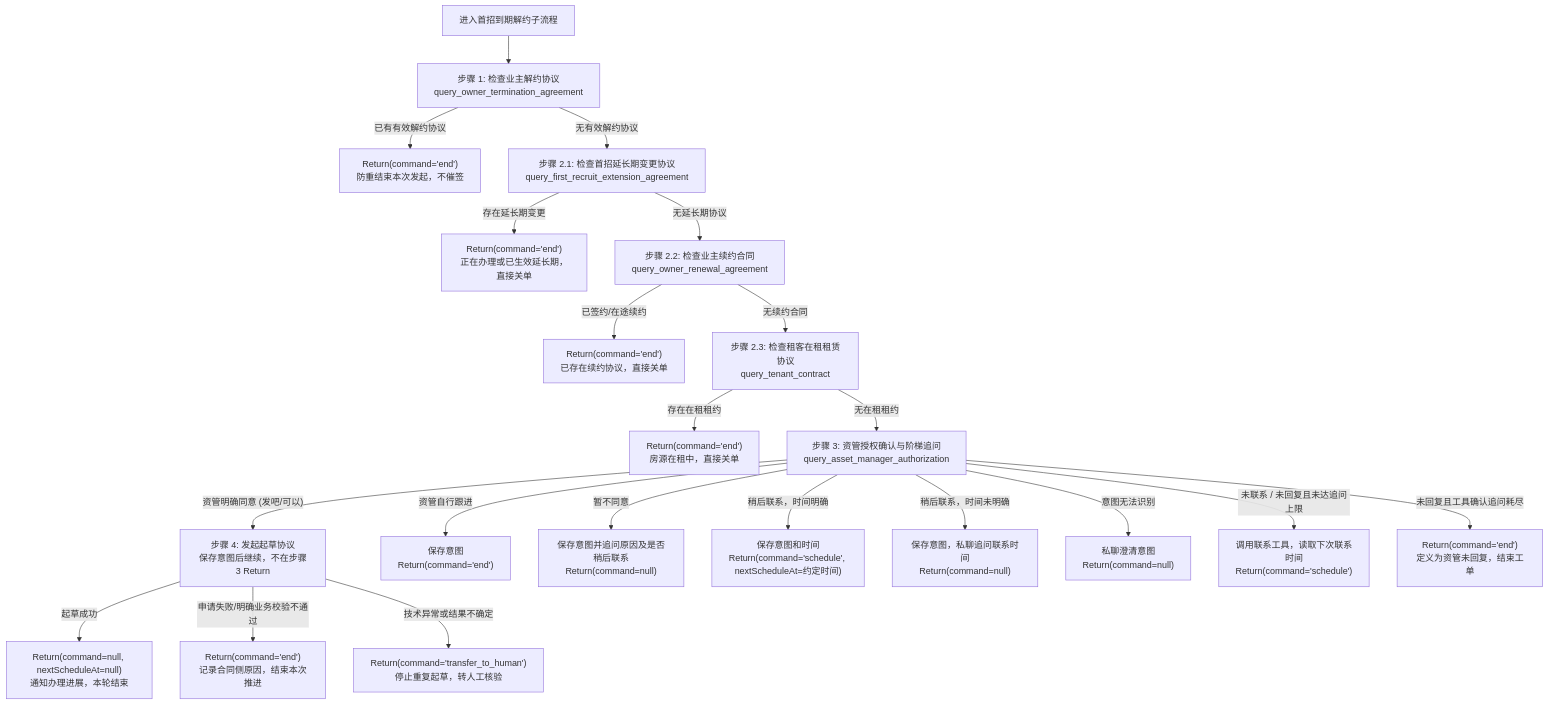
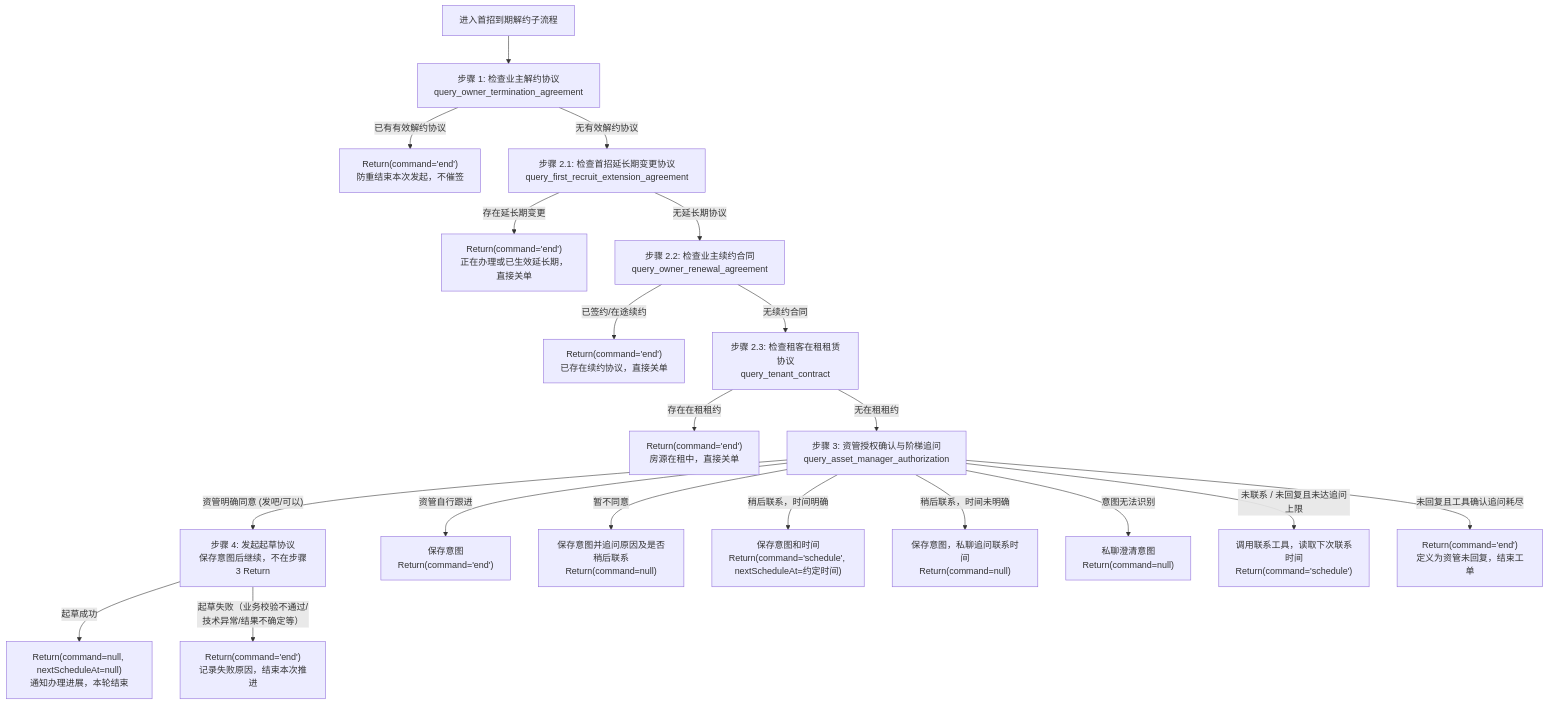
Before and after one commit to edisonLzy/sss-agent: the diagram in skill/references/first-recruit-termination.md, drawn with Mermaid. The commit also changed other lines of this file and 108 other files, not shown here.

````diff
--- a/skill/references/first-recruit-termination.md
+++ b/skill/references/first-recruit-termination.md
@@ -33,29 +34,28 @@
 ```mermaid
 flowchart TD
     Start["进入首招到期解约子流程"] --> Step1["步骤 1: 检查业主解约协议<br/>query_owner_termination_agreement"]
     
     Step1 -->|"已有有效解约协议"| EndDrafting["Return(command='end')<br/>防重结束本次发起，不催签"]
     Step1 -->|"无有效解约协议"| Step2_1["步骤 2.1: 检查首招延长期变更协议<br/>query_first_recruit_extension_agreement"]
     
     Step2_1 -->|"存在延长期变更"| EndExtension["Return(command='end')<br/>正在办理或已生效延长期，直接关单"]
     Step2_1 -->|"无延长期协议"| Step2_2["步骤 2.2: 检查业主续约合同<br/>query_owner_renewal_agreement"]
     
     Step2_2 -->|"已签约/在途续约"| EndRenewal["Return(command='end')<br/>已存在续约协议，直接关单"]
     Step2_2 -->|"无续约合同"| Step2_3["步骤 2.3: 检查租客在租租赁协议<br/>query_tenant_contract"]
     
     Step2_3 -->|"存在在租租约"| EndTenant["Return(command='end')<br/>房源在租中，直接关单"]
     Step2_3 -->|"无在租租约"| Step3["步骤 3: 资管授权确认与阶梯追问<br/>query_asset_manager_authorization"]
     
     Step3 -->|"资管明确同意 (发吧/可以)"| Step4["步骤 4: 发起起草协议<br/>保存意图后继续，不在步骤3 Return"]
     Step3 -->|"资管自行跟进"| EndAMFollow["保存意图<br/>Return(command='end')"]
     Step3 -->|"暂不同意"| AMRefuse["保存意图并追问原因及是否稍后联系<br/>Return(command=null)"]
     Step3 -->|"稍后联系，时间明确"| LaterSchedule["保存意图和时间<br/>Return(command='schedule', nextScheduleAt=约定时间)"]
     Step3 -->|"稍后联系，时间未明确"| AskTime["保存意图，私聊追问联系时间<br/>Return(command=null)"]
     Step3 -->|"意图无法识别"| Clarify["私聊澄清意图<br/>Return(command=null)"]
     Step3 -->|"未联系 / 未回复且未达追问上限"| AMSchedule["调用联系工具，读取下次联系时间<br/>Return(command='schedule')"]
     Step3 -->|"未回复且工具确认追问耗尽"| AMTimeout["Return(command='end')<br/>定义为资管未回复，结束工单"]
     
     Step4 -->|"起草成功"| DraftSuccess["Return(command=null, nextScheduleAt=null)<br/>通知办理进展，本轮结束"]
-    Step4 -->|"申请失败/明确业务校验不通过"| DraftBlocked["Return(command='end')<br/>记录合同侧原因，结束本次推进"]
-    Step4 -->|"技术异常或结果不确定"| DraftError["Return(command='transfer_to_human')<br/>停止重复起草，转人工核验"]
+    Step4 -->|"起草失败（业务校验不通过/技术异常/结果不确定等）"| DraftFailed["Return(command='end')<br/>记录失败原因，结束本次推进"]
 ```
````
